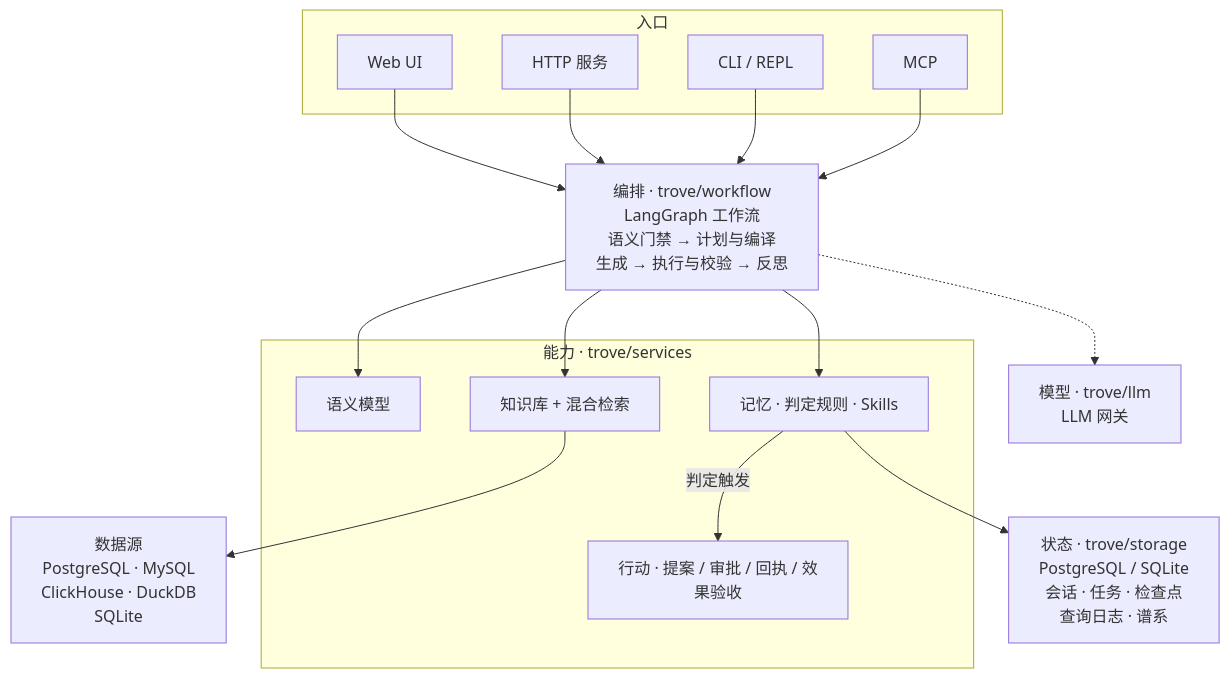
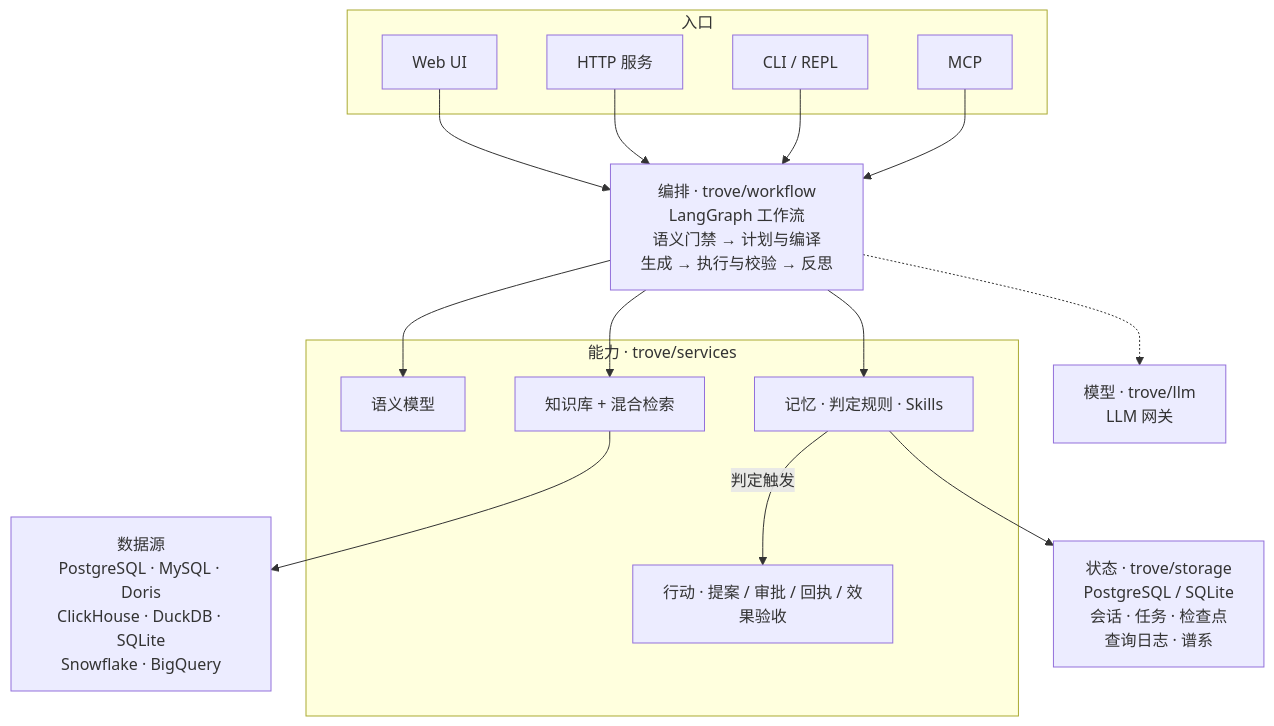
The first of 3 diagrams in README.md (Nivane/trove), drawn with Mermaid before and after one commit. The commit also changed other lines of this file and 1 other file, not shown here.

````diff
--- a/README.md
+++ b/README.md
@@ -45,34 +45,34 @@
 ```mermaid
 flowchart TB
     subgraph entry["入口"]
         UI["Web UI"]
         SRV["HTTP 服务"]
         CLI["CLI / REPL"]
         MCP["MCP"]
     end
 
     WF["编排 · trove/workflow<br/>LangGraph 工作流<br/>语义门禁 → 计划与编译<br/>生成 → 执行与校验 → 反思"]
 
     subgraph caps["能力 · trove/services"]
         SEM["语义模型"]
         KB["知识库 + 混合检索"]
         MEM["记忆 · 判定规则 · Skills"]
         ACT["行动 · 提案 / 审批 / 回执 / 效果验收"]
     end
 
     LLM["模型 · trove/llm<br/>LLM 网关"]
-    DS["数据源<br/>PostgreSQL · MySQL<br/>ClickHouse · DuckDB<br/>SQLite"]
+    DS["数据源<br/>PostgreSQL · MySQL · Doris<br/>ClickHouse · DuckDB · SQLite<br/>Snowflake · BigQuery"]
     STATE["状态 · trove/storage<br/>PostgreSQL / SQLite<br/>会话 · 任务 · 检查点<br/>查询日志 · 谱系"]
 
     UI --> WF
     SRV --> WF
     CLI --> WF
     MCP --> WF
     WF --> SEM
     WF --> KB
     WF --> MEM
     MEM -->|"判定触发"| ACT
     WF -.-> LLM
     KB --> DS
     MEM --> STATE
 ```
````
